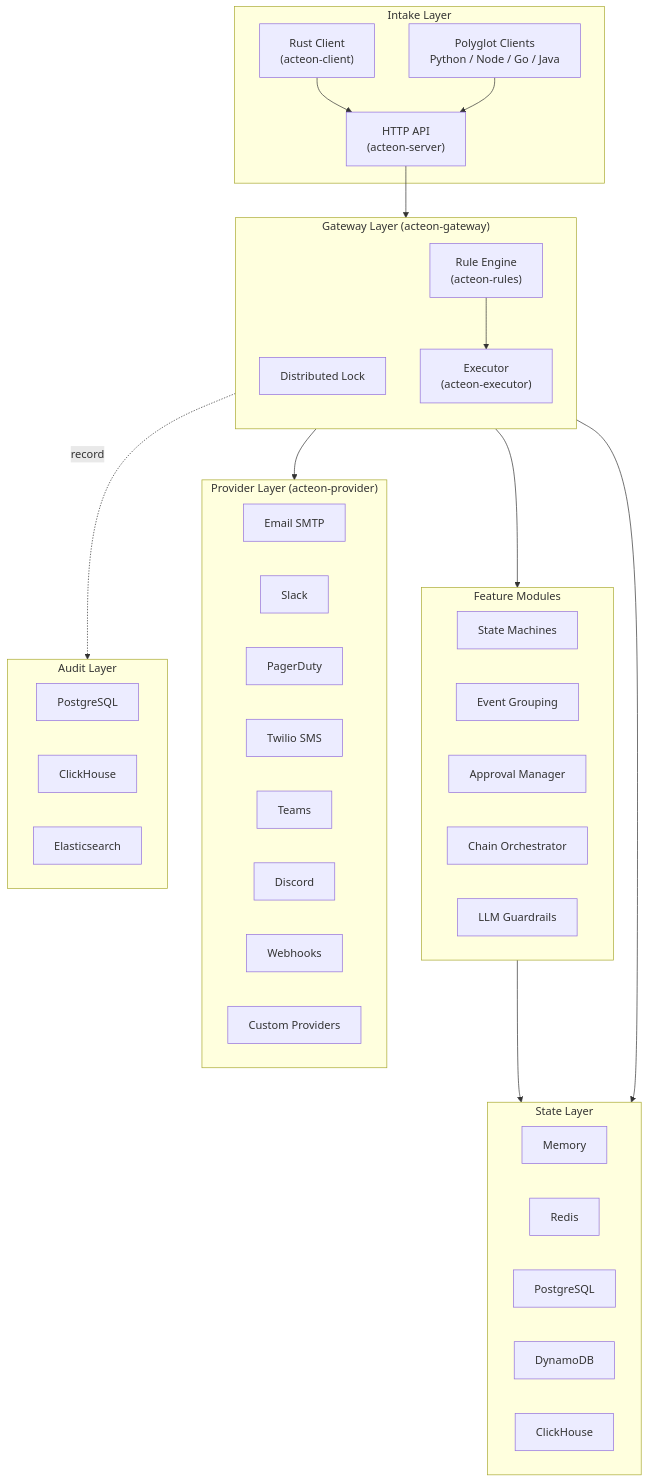
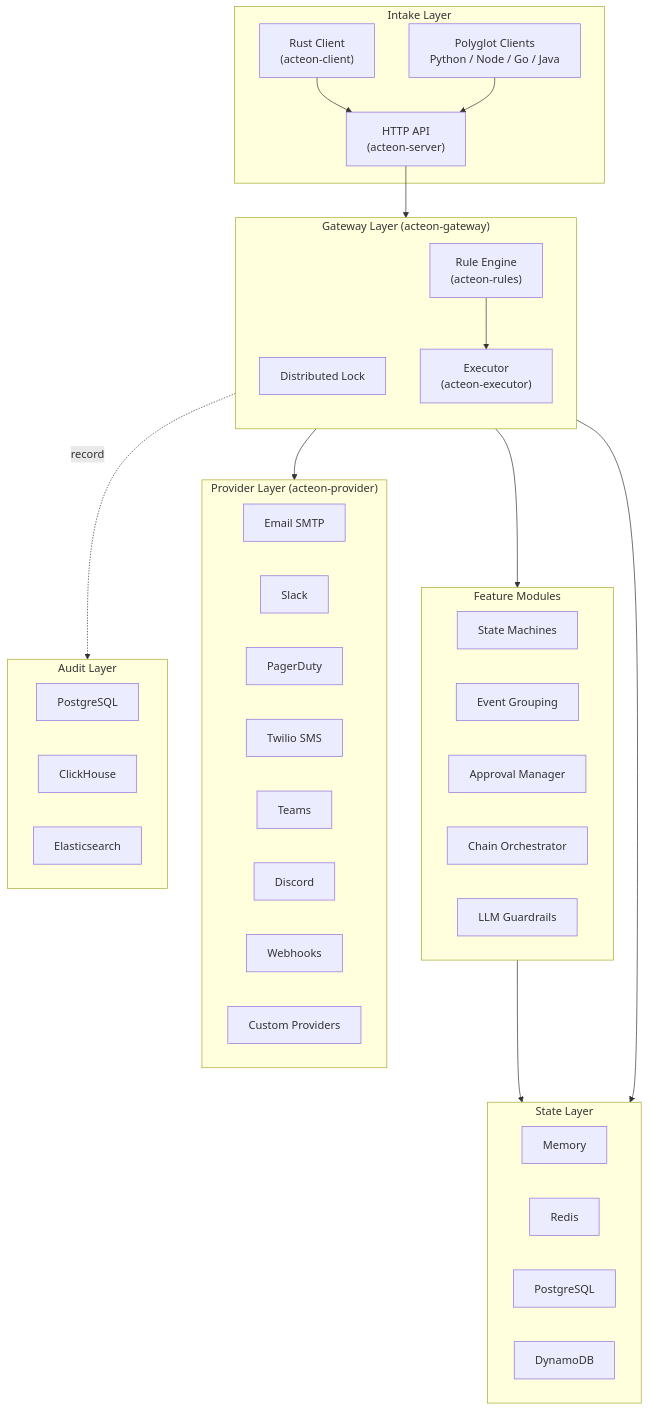
The first of 2 diagrams in docs/book/concepts/architecture.md (penserai/acteon), drawn with Mermaid before and after one commit. The commit also changed other lines of this file and 33 other files, not shown here.

````diff
--- a/docs/book/concepts/architecture.md
+++ b/docs/book/concepts/architecture.md
@@ -7,61 +7,61 @@
 ```mermaid
 flowchart TB
     subgraph Intake["Intake Layer"]
         HTTP["HTTP API<br/>(acteon-server)"]
         Client["Rust Client<br/>(acteon-client)"]
         Poly["Polyglot Clients<br/>Python / Node / Go / Java"]
     end
 
     subgraph Gateway["Gateway Layer (acteon-gateway)"]
         direction TB
         Lock["Distributed Lock"]
         Rules["Rule Engine<br/>(acteon-rules)"]
         Exec["Executor<br/>(acteon-executor)"]
     end
 
     subgraph Features["Feature Modules"]
         SM["State Machines"]
         GRP["Event Grouping"]
         APR["Approval Manager"]
         CHN["Chain Orchestrator"]
         LLM["LLM Guardrails"]
     end
 
     subgraph Providers["Provider Layer (acteon-provider)"]
         Email["Email SMTP"]
         Slack["Slack"]
         PD["PagerDuty"]
         Twilio["Twilio SMS"]
         Teams["Teams"]
         Discord["Discord"]
         WH["Webhooks"]
         Custom["Custom Providers"]
     end
 
     subgraph State["State Layer"]
         Mem["Memory"]
         Redis["Redis"]
         PG["PostgreSQL"]
         DDB["DynamoDB"]
-        CH["ClickHouse"]
     end
 
     subgraph Audit["Audit Layer"]
         AuditPG["PostgreSQL"]
         AuditCH["ClickHouse"]
         AuditES["Elasticsearch"]
     end
 
     HTTP --> Gateway
     Client --> HTTP
     Poly --> HTTP
 
     Lock --> State
     Rules --> Features
     Rules --> Exec
 
     Exec --> Providers
     Features --> State
 
     Exec -.->|record| Audit
+
 ```
````
